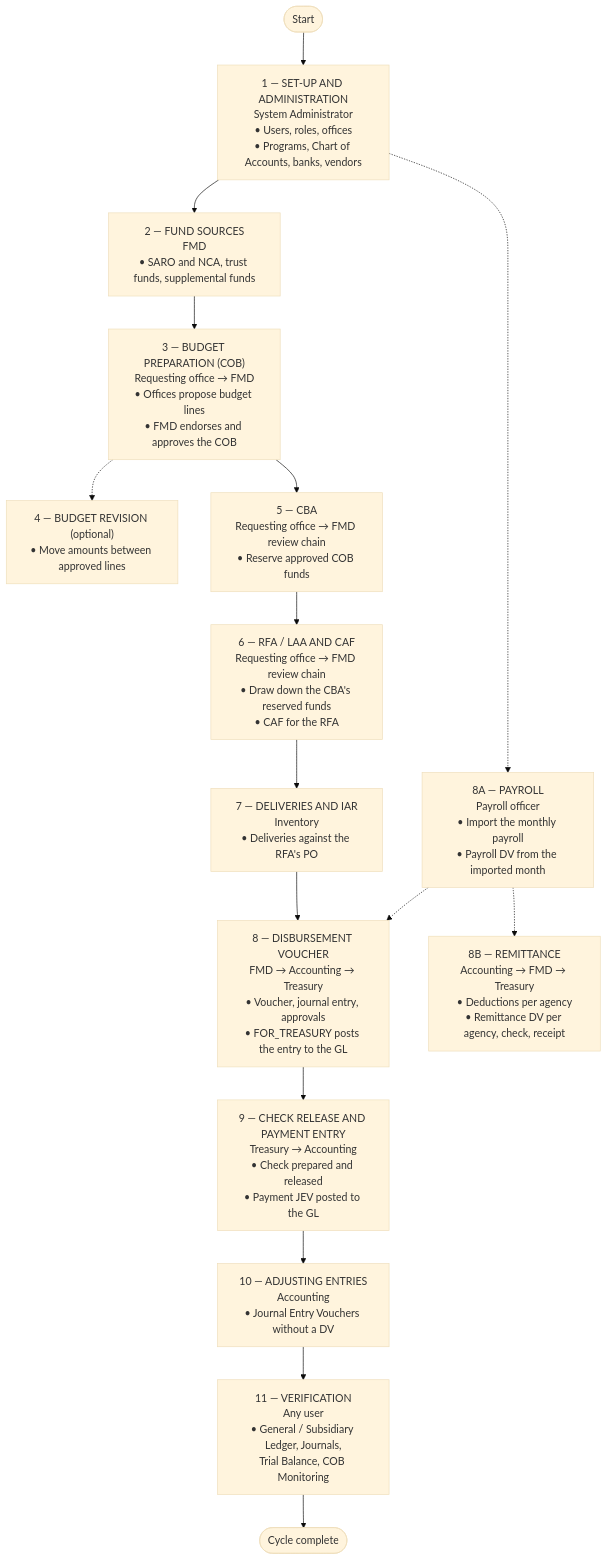
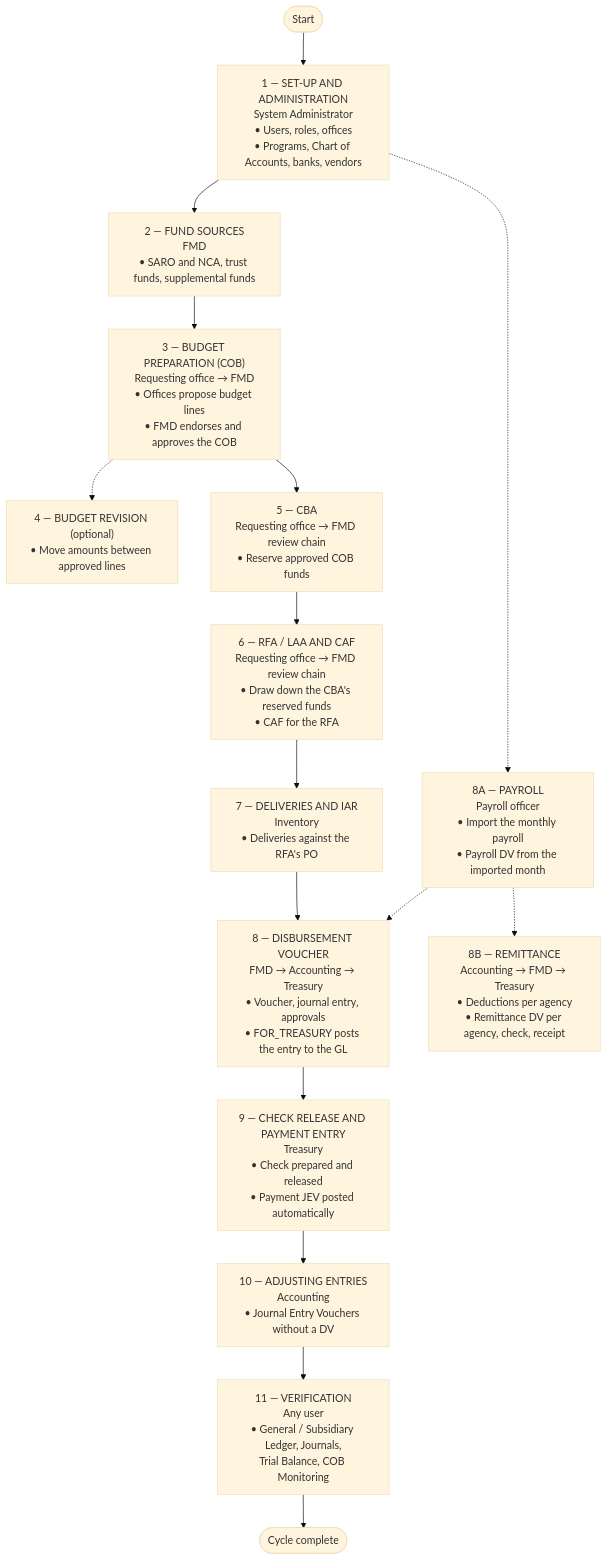
The first of 14 diagrams in system_docs/process-flow/PROCESS-FLOW.md (A-team-ITBS/fims-nha), drawn with Mermaid (base theme) before and after one commit. The commit also changed other lines of this file and 2 other files, not shown here.

First line of the commit message:
Update process flow documentation for clarity and accuracy

````diff
--- a/system_docs/process-flow/PROCESS-FLOW.md
+++ b/system_docs/process-flow/PROCESS-FLOW.md
@@ -71,18 +72,18 @@
 ```mermaid
 flowchart TD
     START(["Start"]) --> A["1 — SET-UP AND ADMINISTRATION<br/>System Administrator<br/>• Users, roles, offices<br/>• Programs, Chart of Accounts, banks, vendors"]
     A --> FS["2 — FUND SOURCES<br/>FMD<br/>• SARO and NCA, trust funds, supplemental funds"]
     FS --> B["3 — BUDGET PREPARATION (COB)<br/>Requesting office → FMD<br/>• Offices propose budget lines<br/>• FMD endorses and approves the COB"]
     B -.-> REV["4 — BUDGET REVISION (optional)<br/>• Move amounts between approved lines"]
     B --> C["5 — CBA<br/>Requesting office → FMD review chain<br/>• Reserve approved COB funds"]
     C --> D["6 — RFA / LAA AND CAF<br/>Requesting office → FMD review chain<br/>• Draw down the CBA's reserved funds<br/>• CAF for the RFA"]
     D --> IAR["7 — DELIVERIES AND IAR<br/>Inventory<br/>• Deliveries against the RFA's PO"]
     A -.-> PR["8A — PAYROLL<br/>Payroll officer<br/>• Import the monthly payroll<br/>• Payroll DV from the imported month"]
     PR -.-> E
     PR -.-> RM["8B — REMITTANCE<br/>Accounting → FMD → Treasury<br/>• Deductions per agency<br/>• Remittance DV per agency, check, receipt"]
     IAR --> E["8 — DISBURSEMENT VOUCHER<br/>FMD → Accounting → Treasury<br/>• Voucher, journal entry, approvals<br/>• FOR_TREASURY posts the entry to the GL"]
-    E --> F["9 — CHECK RELEASE AND PAYMENT ENTRY<br/>Treasury → Accounting<br/>• Check prepared and released<br/>• Payment JEV posted to the GL"]
+    E --> F["9 — CHECK RELEASE AND PAYMENT ENTRY<br/>Treasury<br/>• Check prepared and released<br/>• Payment JEV posted automatically"]
     F --> J["10 — ADJUSTING ENTRIES<br/>Accounting<br/>• Journal Entry Vouchers without a DV"]
     J --> V["11 — VERIFICATION<br/>Any user<br/>• General / Subsidiary Ledger, Journals,<br/>Trial Balance, COB Monitoring"]
     V --> END(["Cycle complete"])
 ```
````
